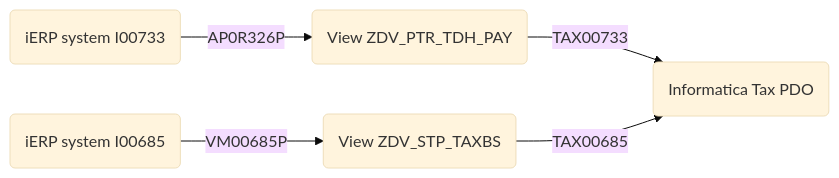
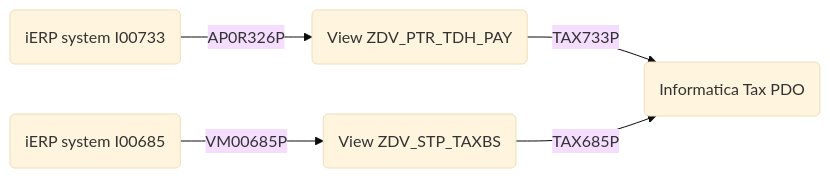
The third of 4 diagrams in users.MD (adorn4711/hello-world), drawn with Mermaid (base theme) before and after one commit. The commit also changed other lines of this file, not shown here.

````diff
--- a/users.MD
+++ b/users.MD
@@ -14,8 +47,8 @@
 ```mermaid
 flowchart LR
     I00733(iERP system I00733)--AP0R326P -->ViewI00733( View ZDV_PTR_TDH_PAY)
-    ViewI00733-- TAX00733 -->IICS(Informatica Tax PDO)
+    ViewI00733-- TAX733P -->IICS(Informatica Tax PDO)
     I00685(iERP system I00685)--VM00685P -->ViewI00685(View ZDV_STP_TAXBS)
-    ViewI00685-- TAX00685 -->IICS
+    ViewI00685-- TAX685P -->IICS
 
 ```    
````
